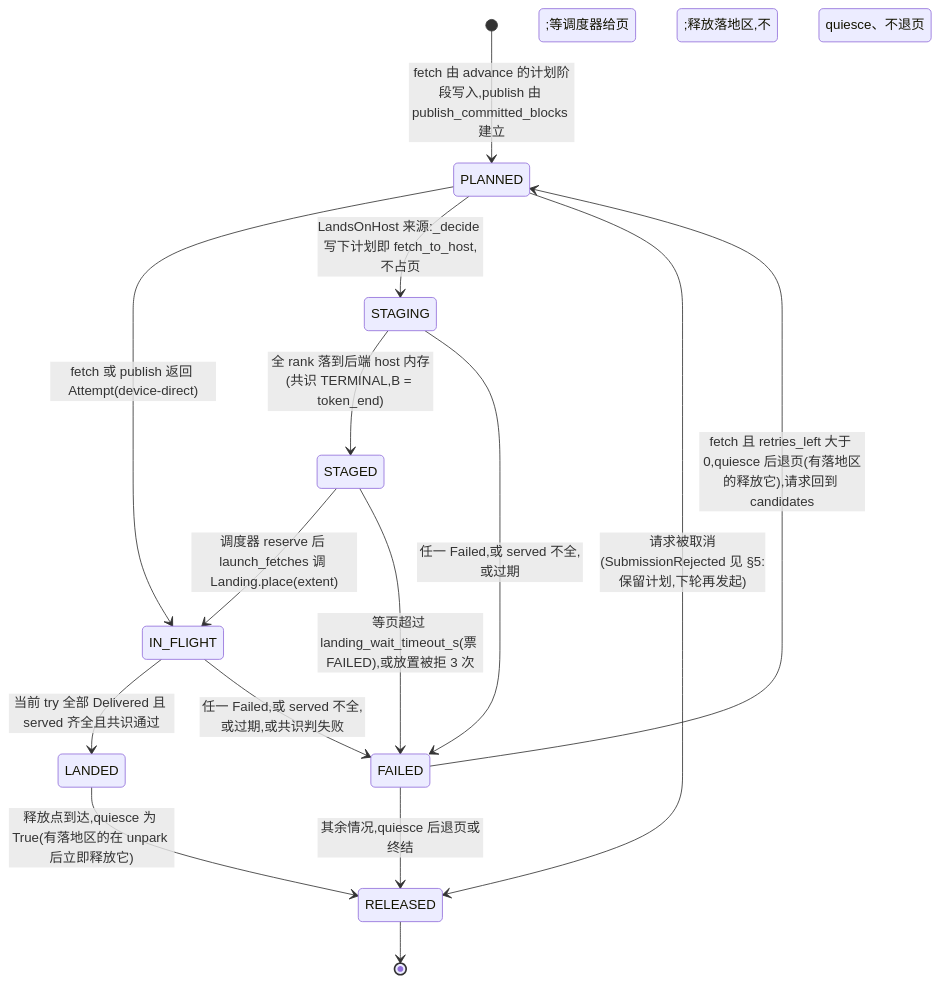
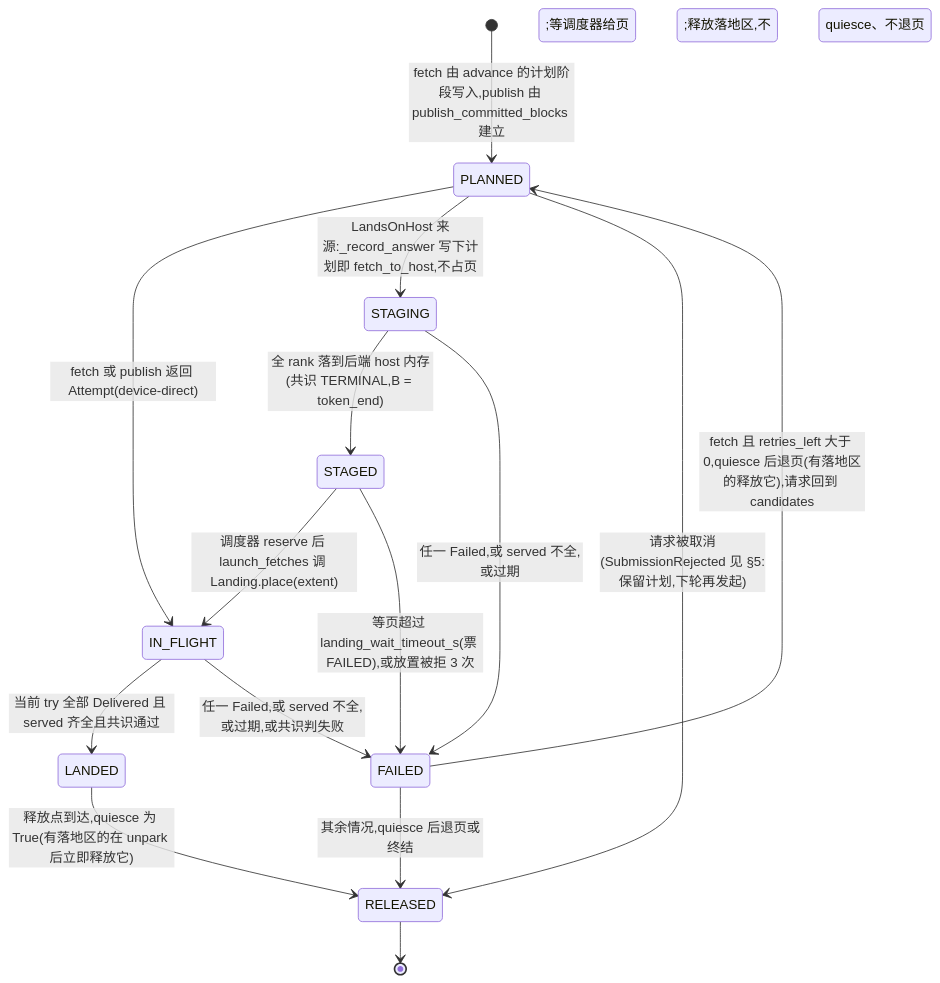
One commit to chuangz0/TensorRT-LLM changed the fourth of 6 diagrams in docs/shared/KV_TRANSFER_COORDINATOR_DESIGN.zh.md. Above: the diagram before and after it, drawn with Mermaid. The commit also changed 3 other files, not shown here.

````diff
--- a/docs/shared/KV_TRANSFER_COORDINATOR_DESIGN.zh.md
+++ b/docs/shared/KV_TRANSFER_COORDINATOR_DESIGN.zh.md
@@ -260,17 +260,17 @@
 ```mermaid
 stateDiagram-v2
     [*] --> PLANNED: fetch 由 advance 的计划阶段写入,publish 由 publish_committed_blocks 建立
     PLANNED --> IN_FLIGHT: fetch 或 publish 返回 Attempt(device-direct)
-    PLANNED --> STAGING: LandsOnHost 来源:_decide 写下计划即 fetch_to_host,不占页
+    PLANNED --> STAGING: LandsOnHost 来源:_record_answer 写下计划即 fetch_to_host,不占页
     PLANNED --> RELEASED: 请求被取消(SubmissionRejected 见 §5:保留计划,下轮再发起)
     STAGING --> STAGED: 全 rank 落到后端 host 内存(共识 TERMINAL,B = token_end);等调度器给页
     STAGING --> FAILED: 任一 Failed,或 served 不全,或过期;释放落地区,不 quiesce、不退页
     STAGED --> IN_FLIGHT: 调度器 reserve 后 launch_fetches 调 Landing.place(extent)
     STAGED --> FAILED: 等页超过 landing_wait_timeout_s(票 FAILED),或放置被拒 3 次
     IN_FLIGHT --> LANDED: 当前 try 全部 Delivered 且 served 齐全且共识通过
     IN_FLIGHT --> FAILED: 任一 Failed,或 served 不全,或过期,或共识判失败
     LANDED --> RELEASED: 释放点到达,quiesce 为 True(有落地区的在 unpark 后立即释放它)
     FAILED --> PLANNED: fetch 且 retries_left 大于 0,quiesce 后退页(有落地区的释放它),请求回到 candidates
     FAILED --> RELEASED: 其余情况,quiesce 后退页或终结
     RELEASED --> [*]
 ```
````
